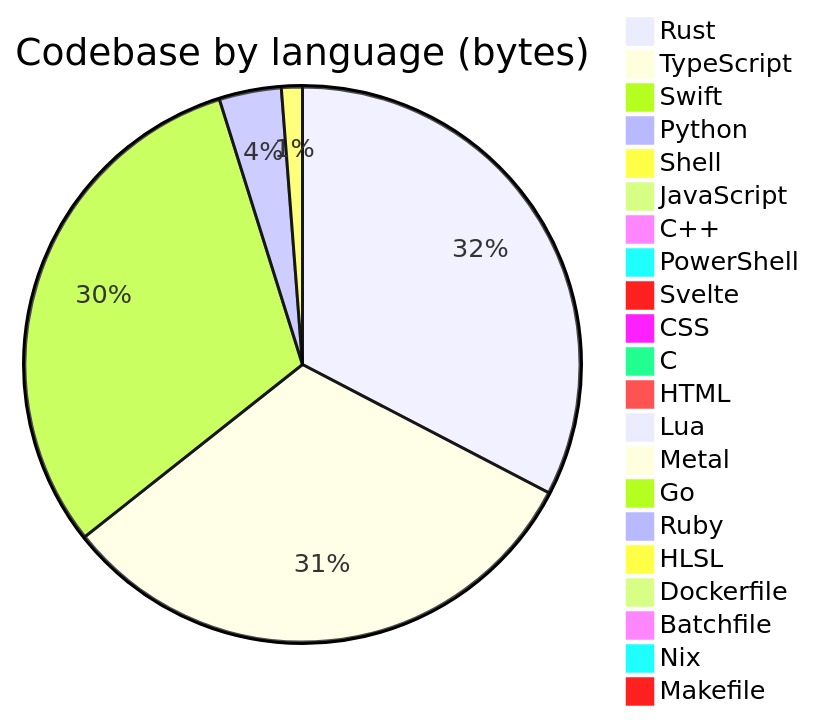
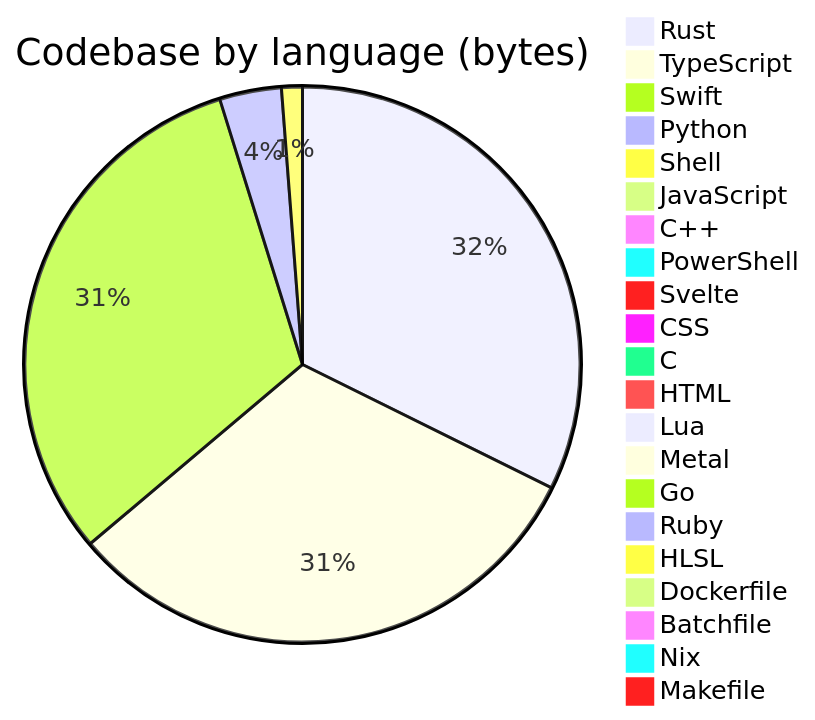
The diagram in profile/README.md (Open330/.github), drawn with Mermaid before and after one commit. The commit also changed other lines of this file and 1 other file, not shown here.

````diff
--- a/profile/README.md
+++ b/profile/README.md
@@ -138,24 +138,24 @@
 ```mermaid
 pie title Codebase by language (bytes)
-    "Rust" : 38051907
-    "TypeScript" : 36951508
-    "Swift" : 35932146
-    "Python" : 4212956
-    "Shell" : 1419615
+    "Rust" : 38109312
+    "TypeScript" : 37164570
+    "Swift" : 36963987
+    "Python" : 4241711
+    "Shell" : 1429204
     "JavaScript" : 678296
     "C++" : 388775
     "PowerShell" : 333788
     "Svelte" : 275766
-    "CSS" : 269700
+    "CSS" : 270182
     "C" : 197825
     "HTML" : 126878
     "Lua" : 48814
     "Metal" : 33192
     "Go" : 22811
     "Ruby" : 8989
     "HLSL" : 7527
     "Dockerfile" : 7454
     "Batchfile" : 5660
     "Nix" : 3168
     "Makefile" : 1692
 ```
````
